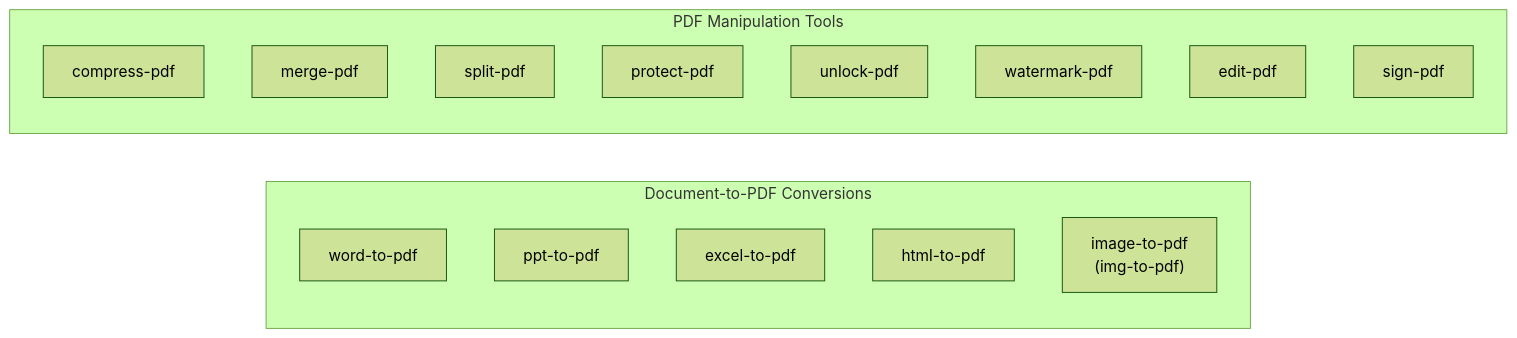
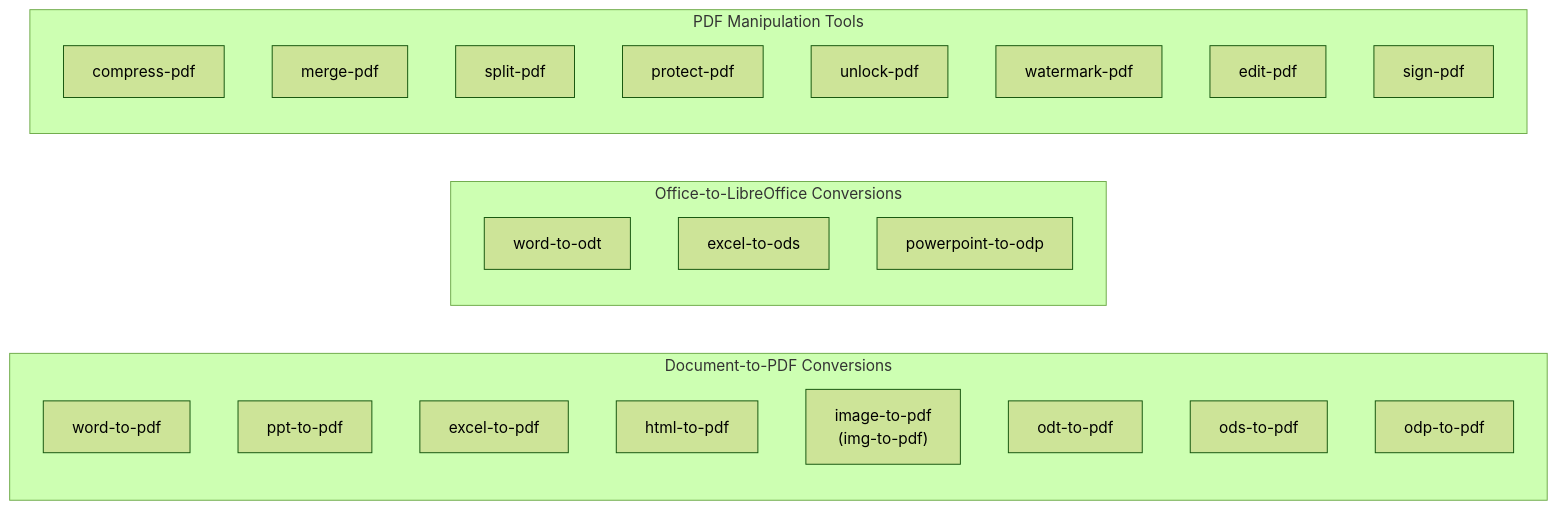
The second of 3 diagrams in docs/developer/mermaid/service-convert-to-pdf-architecture.md (Prachidubey2003/fyredocs_backend), drawn with Mermaid (forest theme) before and after one commit. The commit also changed other lines of this file and 14 other files, not shown here.

First line of the commit message:
Add LibreOffice ODF format conversion tools (ODT/ODS/ODP)

````diff
--- a/docs/developer/mermaid/service-convert-to-pdf-architecture.md
+++ b/docs/developer/mermaid/service-convert-to-pdf-architecture.md
@@ -79,21 +91,30 @@
 ```mermaid
 graph LR
     subgraph ConversionTools["Document-to-PDF Conversions"]
         A["word-to-pdf"]
         B["ppt-to-pdf"]
         C["excel-to-pdf"]
         D["html-to-pdf"]
         E["image-to-pdf<br/>(img-to-pdf)"]
+        AA["odt-to-pdf"]
+        BB["ods-to-pdf"]
+        CC["odp-to-pdf"]
+    end
+
+    subgraph OdfTools["Office-to-LibreOffice Conversions"]
+        DD["word-to-odt"]
+        EE["excel-to-ods"]
+        FF["powerpoint-to-odp"]
     end
 
     subgraph PDFTools["PDF Manipulation Tools"]
         F["compress-pdf"]
         G["merge-pdf"]
         H["split-pdf"]
         I["protect-pdf"]
         J["unlock-pdf"]
         K["watermark-pdf"]
         L["edit-pdf"]
         M["sign-pdf"]
     end
 ```
````
